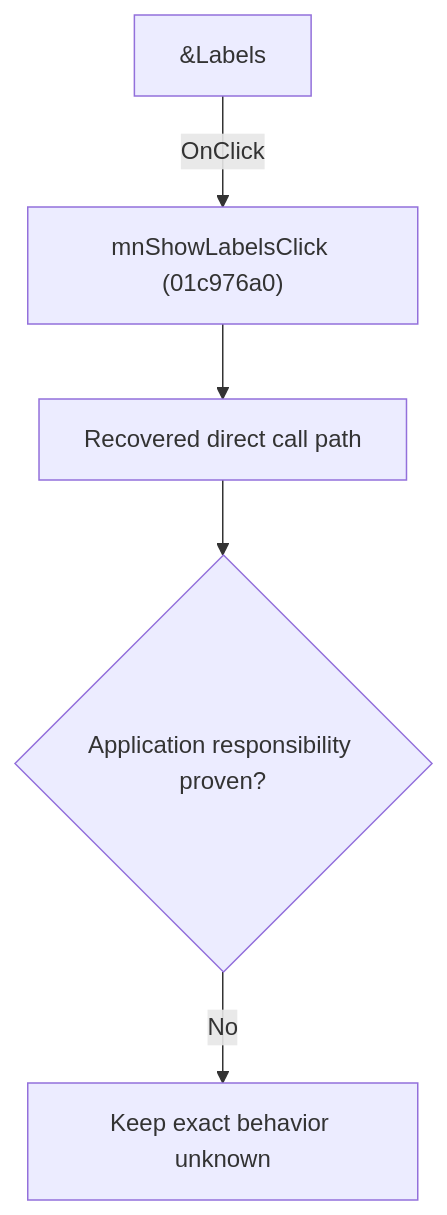
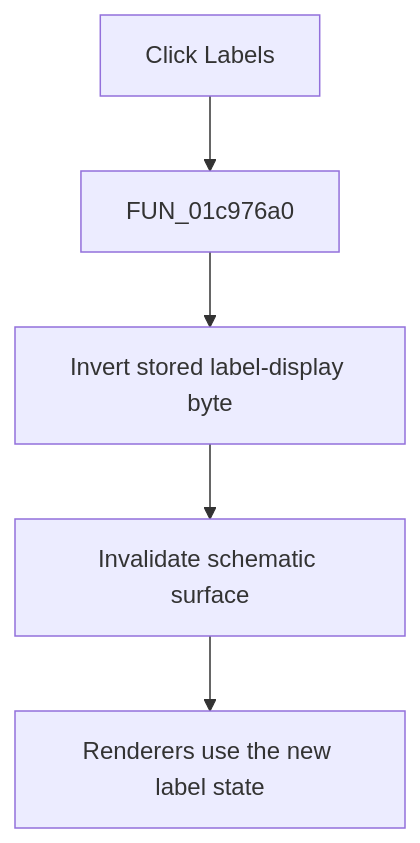
One commit to MovGP0/TIARA changed the diagram in docs/ui-controls/schematiceditor/mnshowlabels-7ae5fefcb2.md. Above: the diagram before and after it, drawn with Mermaid. The commit also changed other lines of this file and 241 other files, not shown here.

````diff
--- a/docs/ui-controls/schematiceditor/mnshowlabels-7ae5fefcb2.md
+++ b/docs/ui-controls/schematiceditor/mnshowlabels-7ae5fefcb2.md
@@ -27,7 +27,7 @@
 ```mermaid
 flowchart TD
-    control["&Labels"] -->|"OnClick"| handler["mnShowLabelsClick (01c976a0)"]
-    handler --> recovered["Recovered direct call path"]
-    recovered --> gap{"Application responsibility proven?"}
-    gap -->|"No"| blocked["Keep exact behavior unknown"]
+    control["Click Labels"] --> handler["FUN_01c976a0"]
+    handler --> toggle["Invert stored label-display byte"]
+    toggle --> repaint["Invalidate schematic surface"]
+    repaint --> render["Renderers use the new label state"]
 ```
````
